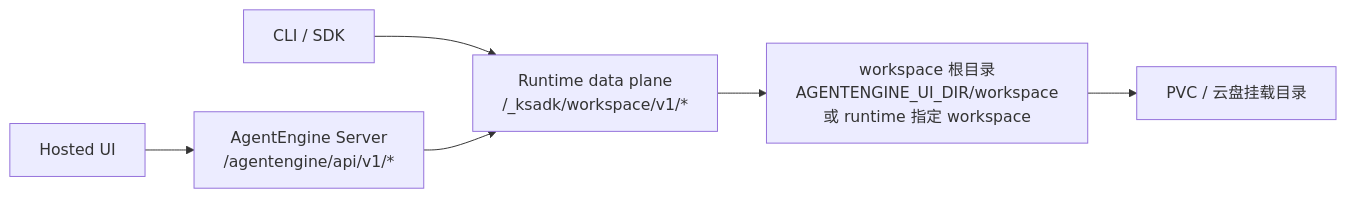
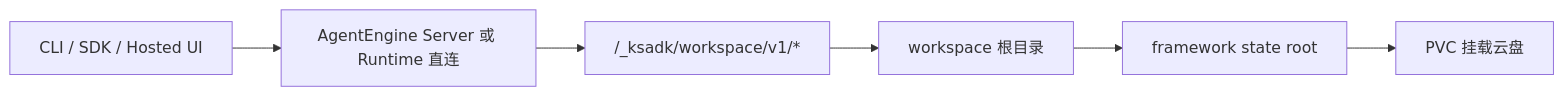
Before and after one commit to kingsoftcloud/ksadk-python: the first of 2 diagrams in docs/workspace_files_v1_实施说明.md, drawn with Mermaid. The commit also changed other lines of this file and 13 other files, not shown here.

Commit message:
feat: add pvc storage defaults for workspace files

````diff
--- a/docs/workspace_files_v1_实施说明.md
+++ b/docs/workspace_files_v1_实施说明.md
@@ -91,8 +147,8 @@
 ```mermaid
 flowchart LR
-    A["CLI / SDK"] --> B["Runtime data plane<br/>/_ksadk/workspace/v1/*"]
-    C["Hosted UI"] --> D["AgentEngine Server<br/>/agentengine/api/v1/*"]
-    D --> B
-    B --> E["workspace 根目录<br/>AGENTENGINE_UI_DIR/workspace<br/>或 runtime 指定 workspace"]
-    E --> F["PVC / 云盘挂载目录"]
+    A["CLI / SDK / Hosted UI"] --> B["AgentEngine Server 或 Runtime 直连"]
+    B --> C["/_ksadk/workspace/v1/*"]
+    C --> D["workspace 根目录"]
+    D --> E["framework state root"]
+    E --> F["PVC 挂载云盘"]
 ```
````
